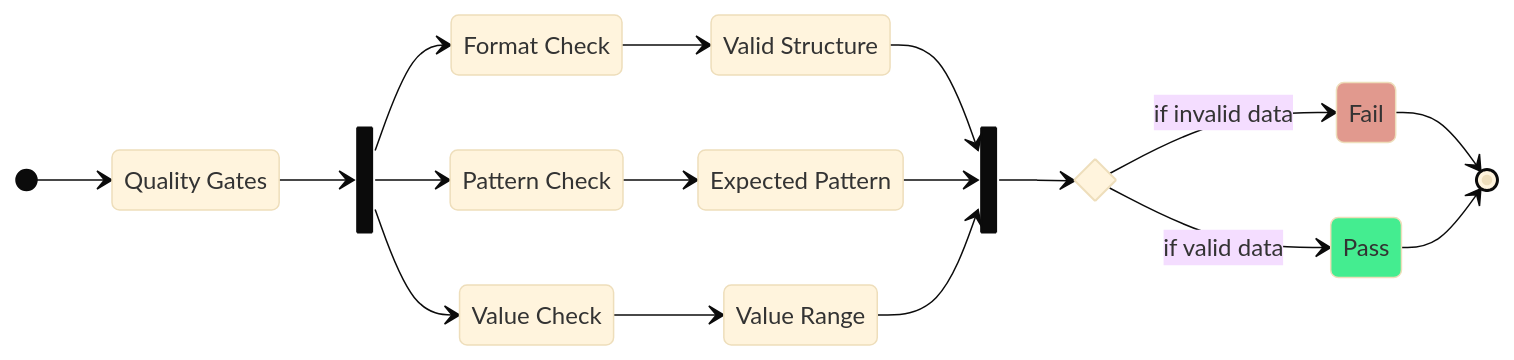
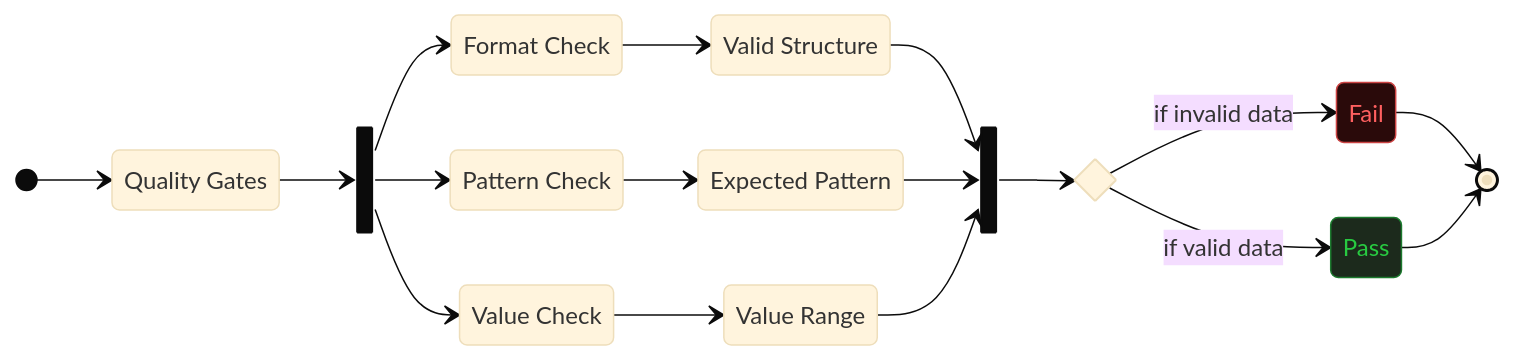
The third of 4 diagrams in content/guides/data-masking-in-telemetry.md (radra23/scryops-site), drawn with Mermaid (base theme) before and after one commit. The commit also changed other lines of this file, not shown here.

```diff
--- a/content/guides/data-masking-in-telemetry.md
+++ b/content/guides/data-masking-in-telemetry.md
@@ -110,39 +108,39 @@
 {{< mermaid >}}
 
 stateDiagram-v2
     direction LR
 
-    classDef pass fill:#44ED90
-    classDef fail fill:#E1998E
+    classDef pass fill:#1C2A1C,stroke:#1C7A2E,color:#28CA41
+    classDef fail fill:#2A0A0A,stroke:#CC4444,color:#FF6060
    data_quality: Quality Gates
    State2: Format Check
    State3: Pattern Check
    State4: Value Check
    State21: Valid Structure
    State31: Expected Pattern
    State41: Value Range
 
     state fork_state <<fork>>
       [*] --> data_quality
       data_quality --> fork_state
       fork_state --> State2
       fork_state --> State3
       fork_state --> State4
       State3 --> State31
       State2 --> State21
       State4 --> State41
   
       state join_state <<join>>
       State21 --> join_state
       State31 --> join_state
       State41 --> join_state
 
       state if_state <<choice>>
         join_state --> if_state
         if_state --> Pass: if valid data
         if_state --> Fail : if invalid data
 
     Fail:::fail --> [*]
     Pass:::pass --> [*]
 
 {{< /mermaid >}}
```
